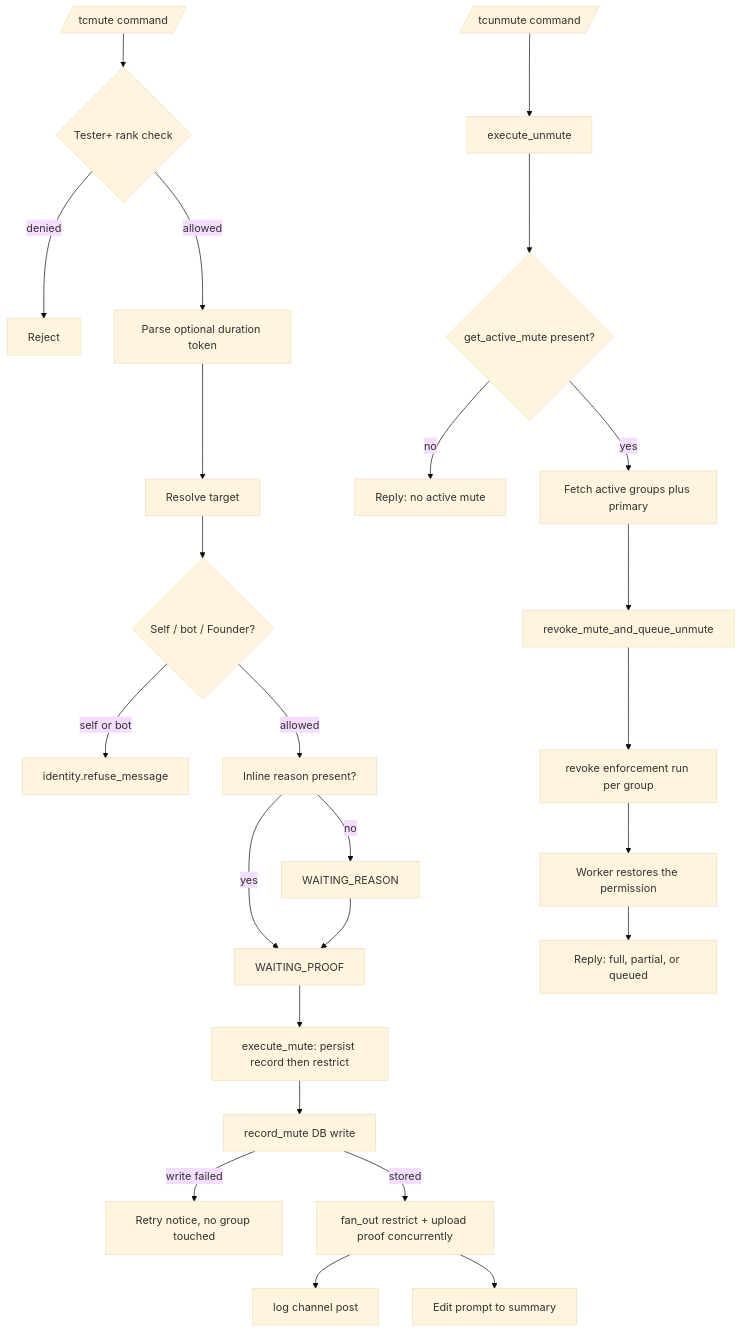
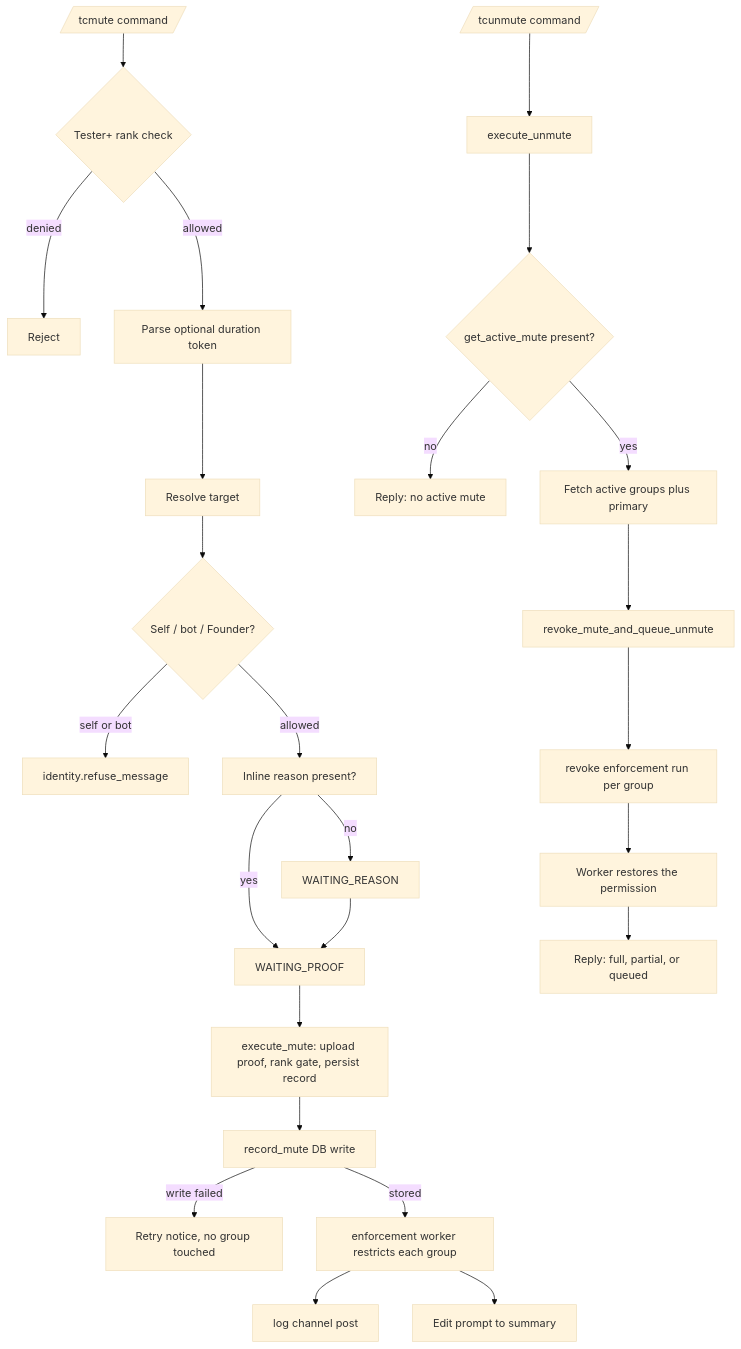
One commit to D1ZZY4/tcbot changed the diagram in docs/features/moderation/muting.md. Above: the diagram before and after it, drawn with Mermaid (base theme). The commit also changed other lines of this file and 18 other files, not shown here.

````diff
--- a/docs/features/moderation/muting.md
+++ b/docs/features/moderation/muting.md
@@ -11,27 +11,27 @@
 ```mermaid
 flowchart TD
     Cmd[/tcmute command/] --> Perm{Tester+ rank check}
     Perm -->|denied| End1[Reject]
     Perm -->|allowed| Duration[Parse optional duration token]
     Duration --> Target[Resolve target]
     Target --> Ident{Self / bot / Founder?}
     Ident -->|self or bot| Refuse[identity.refuse_message]
     Ident -->|allowed| ReasonStep[Inline reason present?]
     ReasonStep -->|yes| ProofStep[WAITING_PROOF]
     ReasonStep -->|no| ReasonPrompt[WAITING_REASON]
     ReasonPrompt --> ProofStep
-    ProofStep --> Exec[execute_mute: persist record then restrict]
+    ProofStep --> Exec[execute_mute: upload proof, rank gate, persist record]
     Exec --> Store[record_mute DB write]
     Store -->|write failed| AbortM[Retry notice, no group touched]
-    Store -->|stored| FanOut[fan_out restrict + upload proof concurrently]
+    Store -->|stored| FanOut[enforcement worker restricts each group]
     FanOut --> Log[log channel post]
     FanOut --> Reply[Edit prompt to summary]
     Unmute[/tcunmute command/] --> ExecU[execute_unmute]
     ExecU --> Guard{get_active_mute present?}
     Guard -->|no| NoMute[Reply: no active mute]
     Guard -->|yes| Fetch[Fetch active groups plus primary]
     Fetch --> Decide[revoke_mute_and_queue_unmute]
     Decide --> Run[revoke enforcement run per group]
     Run --> Deliver[Worker restores the permission]
     Deliver --> Report[Reply: full, partial, or queued]
 ```
````
